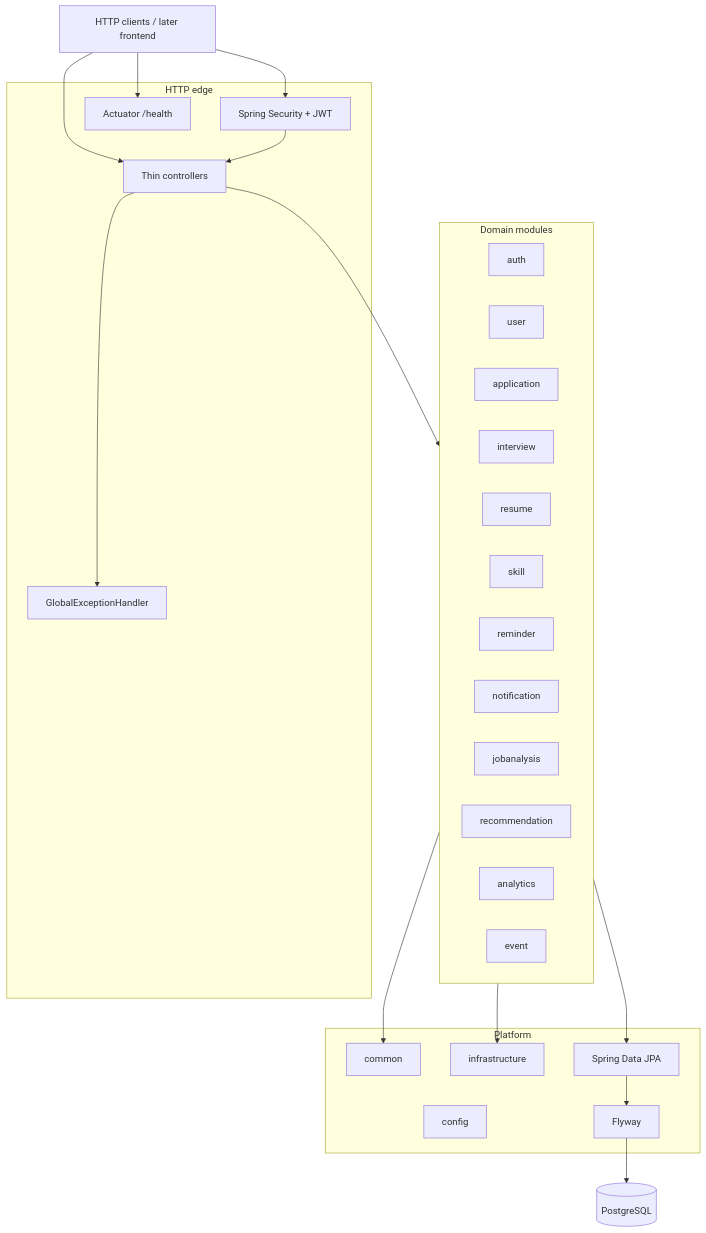
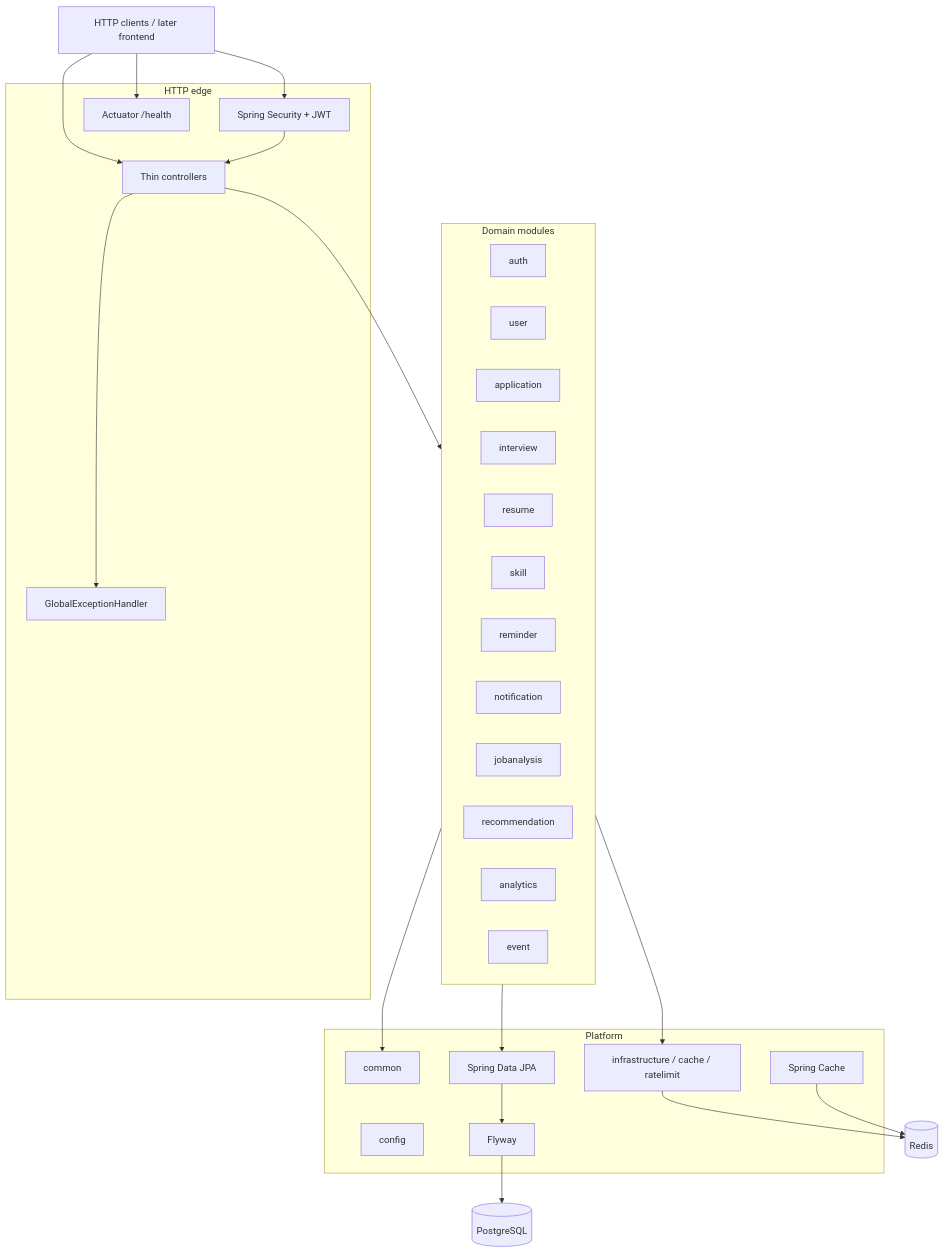
Before and after one commit to parth1010444/jobpilot-backend: the diagram in README.md, drawn with Mermaid. The commit also changed other lines of this file and 31 other files, not shown here.

````diff
--- a/README.md
+++ b/README.md
@@ -11,44 +11,48 @@
 ```mermaid
 flowchart TB
   client[HTTP clients / later frontend]
   subgraph api [HTTP edge]
     controllers[Thin controllers]
     security[Spring Security + JWT]
     advice[GlobalExceptionHandler]
     actuator[Actuator /health]
   end
   subgraph modules [Domain modules]
     auth[auth]
     user[user]
     application[application]
     interview[interview]
     resume[resume]
     skill[skill]
     reminder[reminder]
     notification[notification]
     jobanalysis[jobanalysis]
     recommendation[recommendation]
     analytics[analytics]
     event[event]
   end
   subgraph platform [Platform]
     common[common]
     config[config]
-    infra[infrastructure]
+    infra[infrastructure / cache / ratelimit]
     jpa[Spring Data JPA]
     flyway[Flyway]
+    rediscache[Spring Cache]
   end
   pg[(PostgreSQL)]
+  redis[(Redis)]
 
   client --> controllers
   client --> actuator
   client --> security
   security --> controllers
   controllers --> modules
   controllers --> advice
   modules --> common
   modules --> infra
   modules --> jpa
   jpa --> flyway
   flyway --> pg
+  infra --> redis
+  rediscache --> redis
 ```
````
